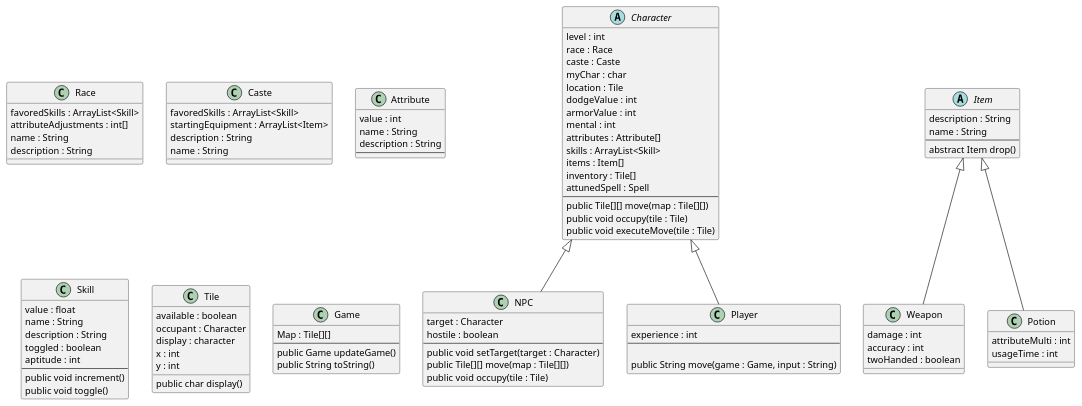
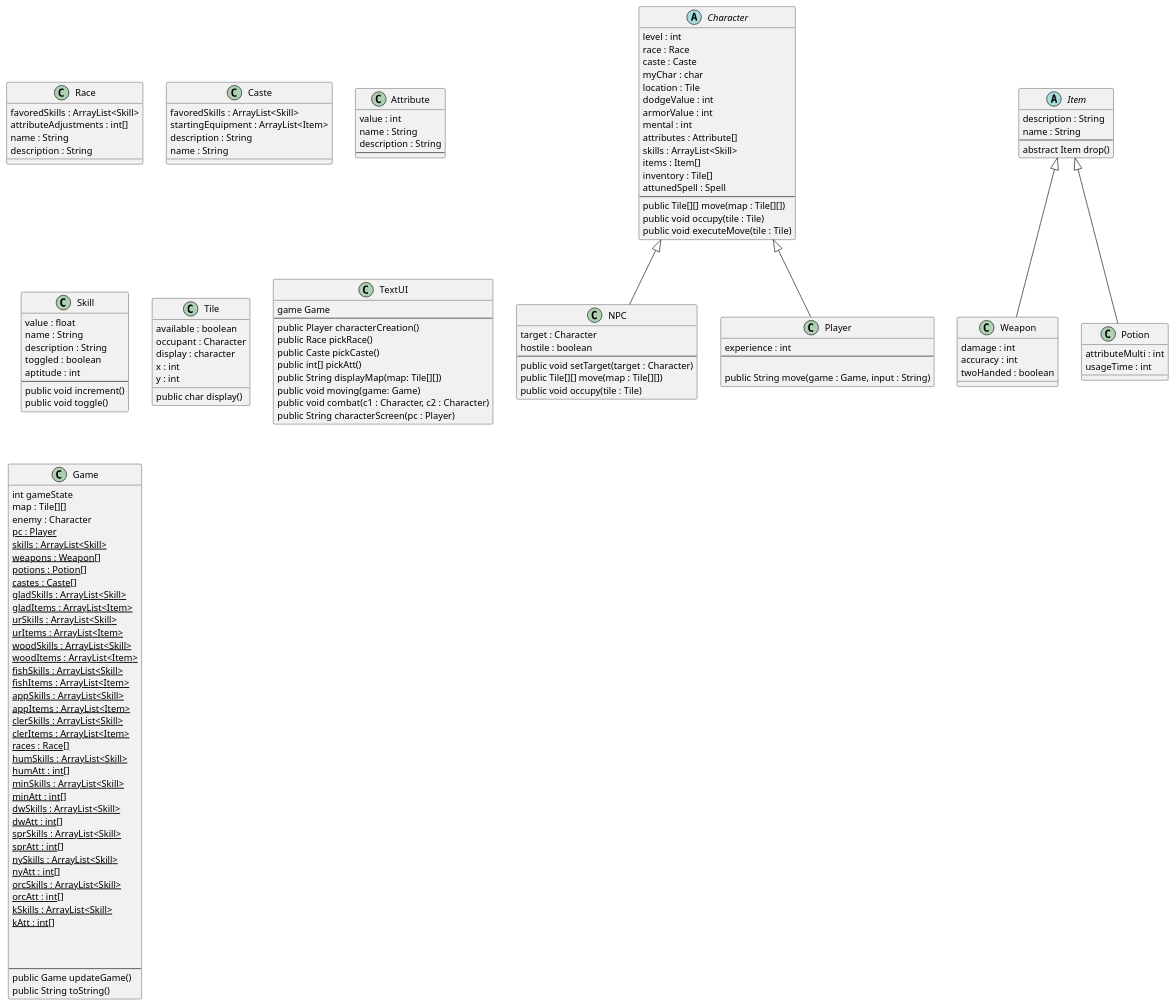
Before and after one commit to dgoldman30/Dungeon_Crawler: the seventh of 7 diagrams in doc/design.md, drawn with PlantUML. The commit also changed 4 other files, not shown here.

```diff
--- a/doc/design.md
+++ b/doc/design.md
@@ -271,6 +271,18 @@
     public char display()
 
 }
+class TextUI {
+    game Game
+    --
+    public Player characterCreation()
+    public Race pickRace()
+    public Caste pickCaste()
+    public int[] pickAtt()
+    public String displayMap(map: Tile[][])
+    public void moving(game: Game)
+    public void combat(c1 : Character, c2 : Character)
+    public String characterScreen(pc : Player)
+    }
 
 Item <|-- Weapon
 Item <|-- Potion
@@ -280,7 +292,44 @@
 'Here we're going to need to add associations between classes and specify now. We can do this while coding.
 'Association between Game and Player
 class Game {
-Map : Tile[][]
+int gameState
+map : Tile[][]
+enemy : Character 
+{static} pc : Player
+{static} skills : ArrayList<Skill> 
+{static} weapons : Weapon[]
+{static} potions : Potion[]
+{static} castes : Caste[]
+{static} gladSkills : ArrayList<Skill>
+{static} gladItems : ArrayList<Item>
+{static} urSkills : ArrayList<Skill>
+{static} urItems : ArrayList<Item>
+{static} woodSkills : ArrayList<Skill>
+{static} woodItems : ArrayList<Item>
+{static} fishSkills : ArrayList<Skill>
+{static} fishItems : ArrayList<Item>
+{static} appSkills : ArrayList<Skill>
+{static} appItems : ArrayList<Item>
+{static} clerSkills : ArrayList<Skill>
+{static} clerItems : ArrayList<Item>
+{static} races : Race[]
+{static} humSkills : ArrayList<Skill>
+{static} humAtt : int[]
+{static} minSkills : ArrayList<Skill>
+{static} minAtt : int[]
+{static} dwSkills : ArrayList<Skill>
+{static} dwAtt : int[]
+{static} sprSkills : ArrayList<Skill>
+{static} sprAtt : int[]
+{static} nySkills : ArrayList<Skill>
+{static} nyAtt : int[]
+{static} orcSkills : ArrayList<Skill>
+{static} orcAtt : int[]
+{static} kSkills : ArrayList<Skill>
+{static} kAtt : int[]
+
+
+
 --
 public Game updateGame()
 public String toString()
```
